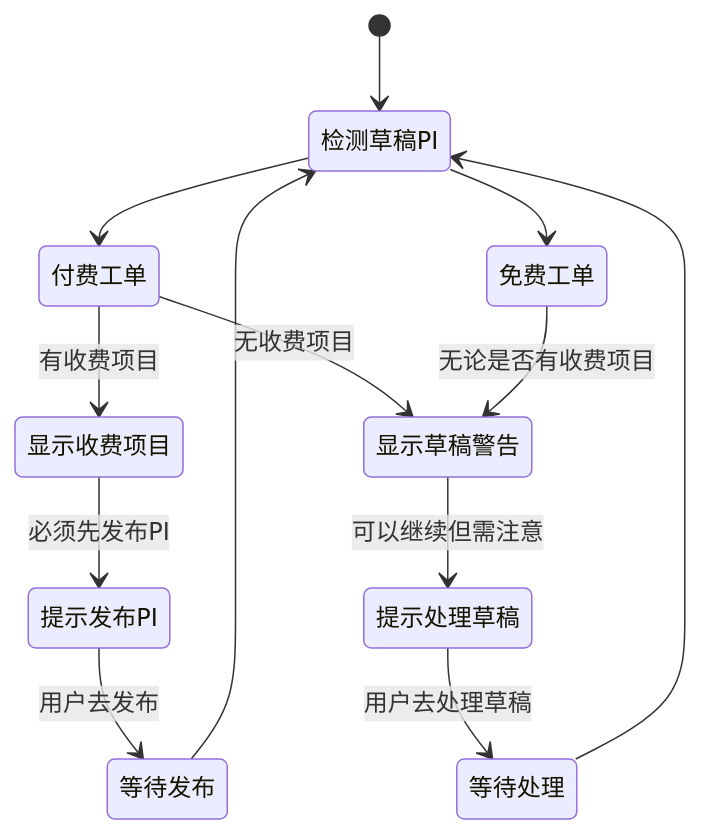
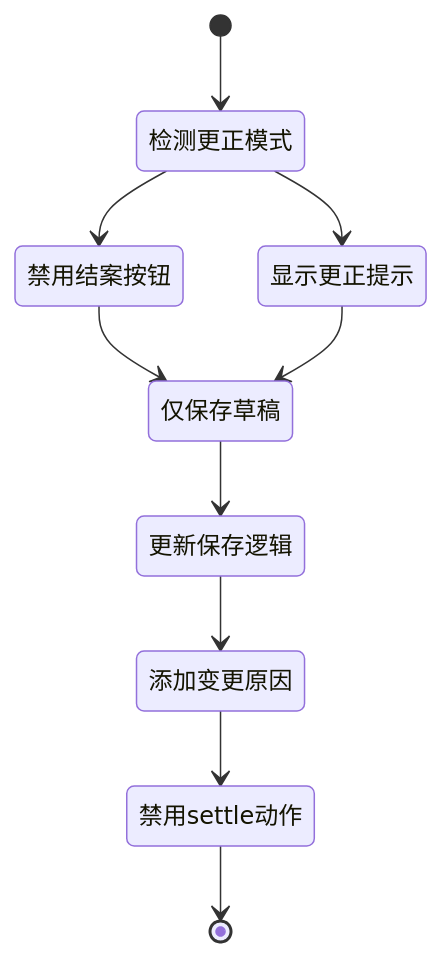
The sixth of 9 diagrams in .qoder/repowiki/zh/content/前端组件架构/服务工作流增强/结案交接模态框.md (CubeEdge/Longhorn), drawn with Mermaid before and after one commit. The commit also changed other lines of this file and 47 other files, not shown here.

````diff
--- a/.qoder/repowiki/zh/content/前端组件架构/服务工作流增强/结案交接模态框.md
+++ b/.qoder/repowiki/zh/content/前端组件架构/服务工作流增强/结案交接模态框.md
@@ -256,15 +260,12 @@
 ```mermaid
 stateDiagram-v2
-[*] --> 检测草稿PI
-检测草稿PI --> 付费工单
-检测草稿PI --> 免费工单
-付费工单 --> 显示收费项目 : 有收费项目
-付费工单 --> 显示草稿警告 : 无收费项目
-免费工单 --> 显示草稿警告 : 无论是否有收费项目
-显示收费项目 --> 提示发布PI : 必须先发布PI
-显示草稿警告 --> 提示处理草稿 : 可以继续但需注意
-提示发布PI --> 等待发布 : 用户去发布
-提示处理草稿 --> 等待处理 : 用户去处理草稿
-等待发布 --> 检测草稿PI
-等待处理 --> 检测草稿PI
+[*] --> 检测更正模式
+检测更正模式 --> 禁用结案按钮
+检测更正模式 --> 显示更正提示
+禁用结案按钮 --> 仅保存草稿
+显示更正提示 --> 仅保存草稿
+仅保存草稿 --> 更新保存逻辑
+更新保存逻辑 --> 添加变更原因
+添加变更原因 --> 禁用settle动作
+禁用settle动作 --> [*]
 ```
````
